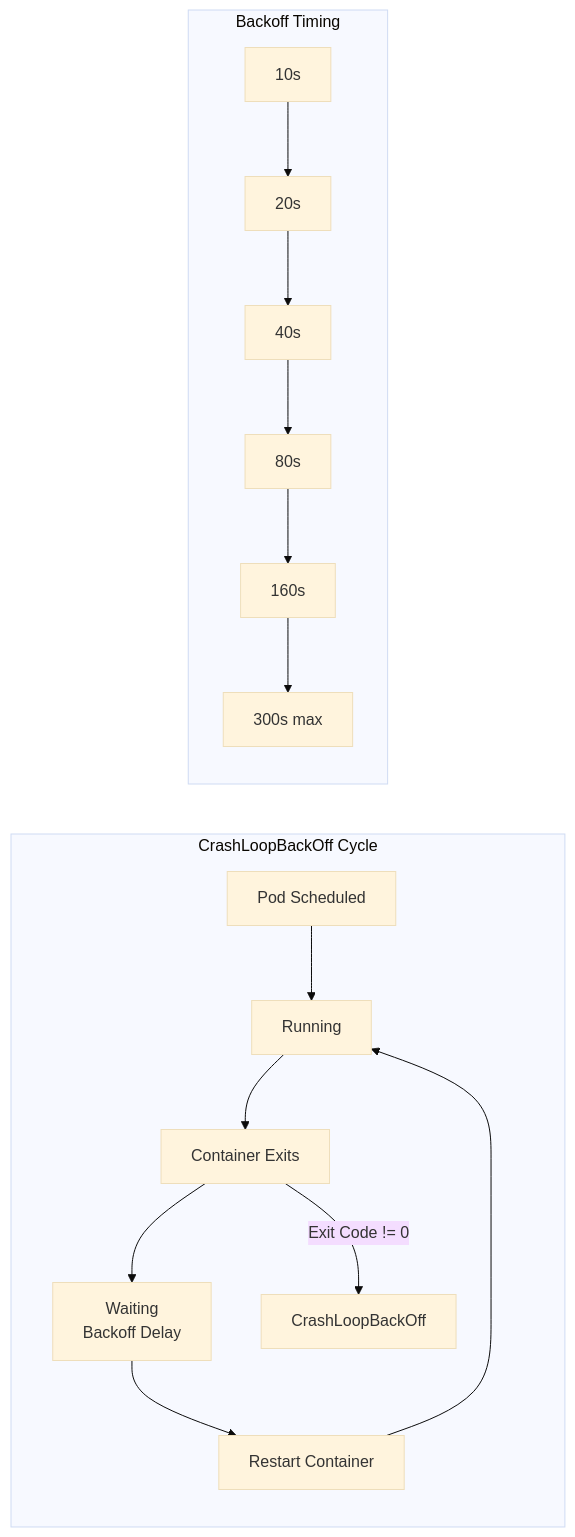
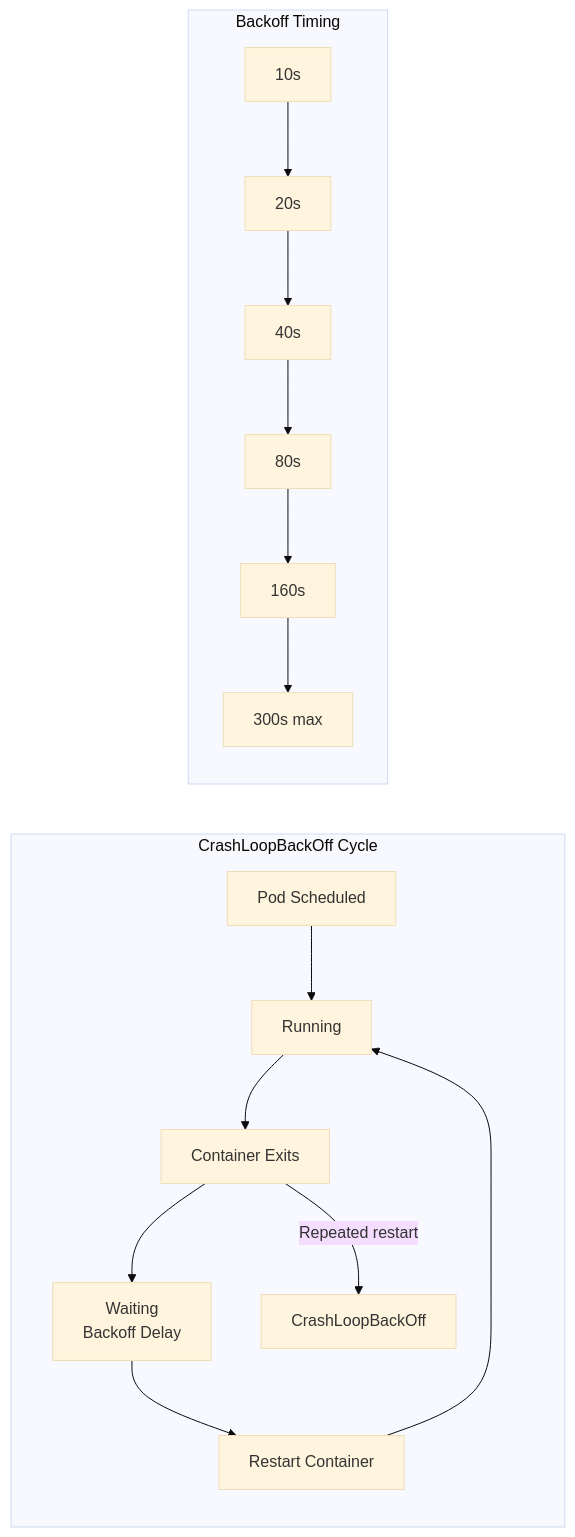
Before and after one commit to OneUptime/blog: the first of 2 diagrams in posts/2026-01-19-kubernetes-debug-crashloopbackoff/README.md, drawn with Mermaid (base theme). The commit also changed other lines of this file and 4262 other files, not shown here.

````diff
--- a/posts/2026-01-19-kubernetes-debug-crashloopbackoff/README.md
+++ b/posts/2026-01-19-kubernetes-debug-crashloopbackoff/README.md
@@ -19,20 +19,20 @@
 ```mermaid
 flowchart LR
     subgraph "CrashLoopBackOff Cycle"
         Start[Pod Scheduled] --> Running[Running]
         Running --> Crash[Container Exits]
         Crash --> Waiting[Waiting<br/>Backoff Delay]
         Waiting --> Restart[Restart Container]
         Restart --> Running
         
-        Crash -->|Exit Code != 0| Error[CrashLoopBackOff]
+        Crash -->|Repeated restart| Error[CrashLoopBackOff]
     end
     
     subgraph "Backoff Timing"
         B1[10s] --> B2[20s]
         B2 --> B3[40s]
         B3 --> B4[80s]
         B4 --> B5[160s]
         B5 --> B6[300s max]
     end
 ```
````
